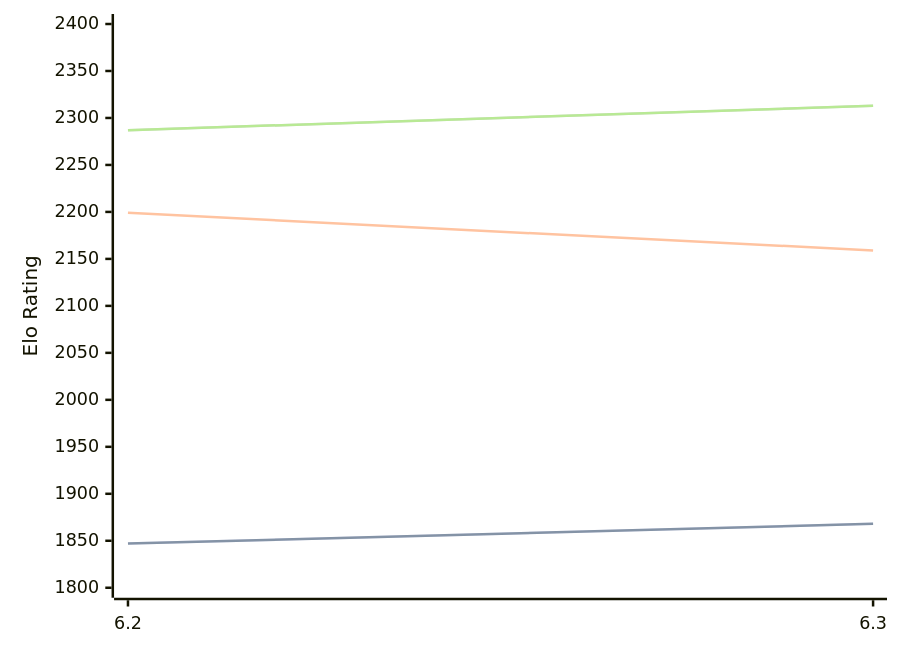
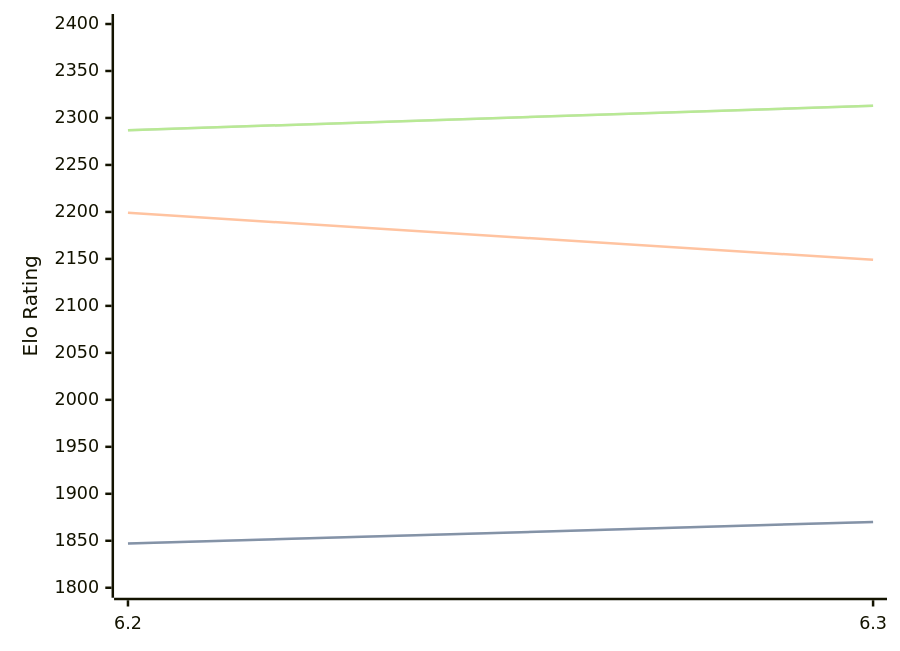
Before and after one commit to computer-chess-index/cci: the third of 3 diagrams in engines/chess4j.md, drawn with Mermaid. The commit also changed other lines of this file, not shown here.

````diff
--- a/engines/chess4j.md
+++ b/engines/chess4j.md
@@ -71,11 +71,11 @@
 ```mermaid
 %%{init: {"theme":"base","themeVariables":{"seriesColors:['#a3a3a3','#222221','#faa371']}}}%%
 xychart-beta
   x-axis ["6.2", "6.3"]
   y-axis "Elo Rating" 1800 --> 2400
-  line "STC (8.0+0.08s)" [1847, 1868]
-  line "STC (8.0+0.08s)" [1847, 1868]
-  line "LTC (60.0+0.60s)" [2199, 2159]
+  line "STC (8.0+0.08s)" [1847, 1870]
+  line "STC (8.0+0.08s)" [1847, 1870]
+  line "LTC (60.0+0.60s)" [2199, 2149]
   line "VLTC (2m24s+1.12s)" [2287, 2313]
   line "VLTC (2m24s+1.12s)" [2287, 2313]
 ```
````
